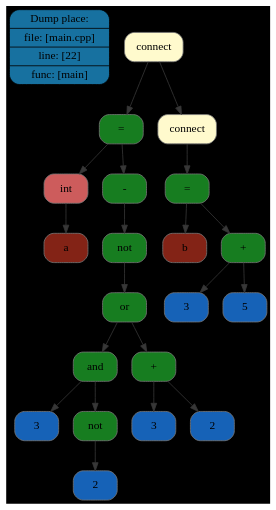
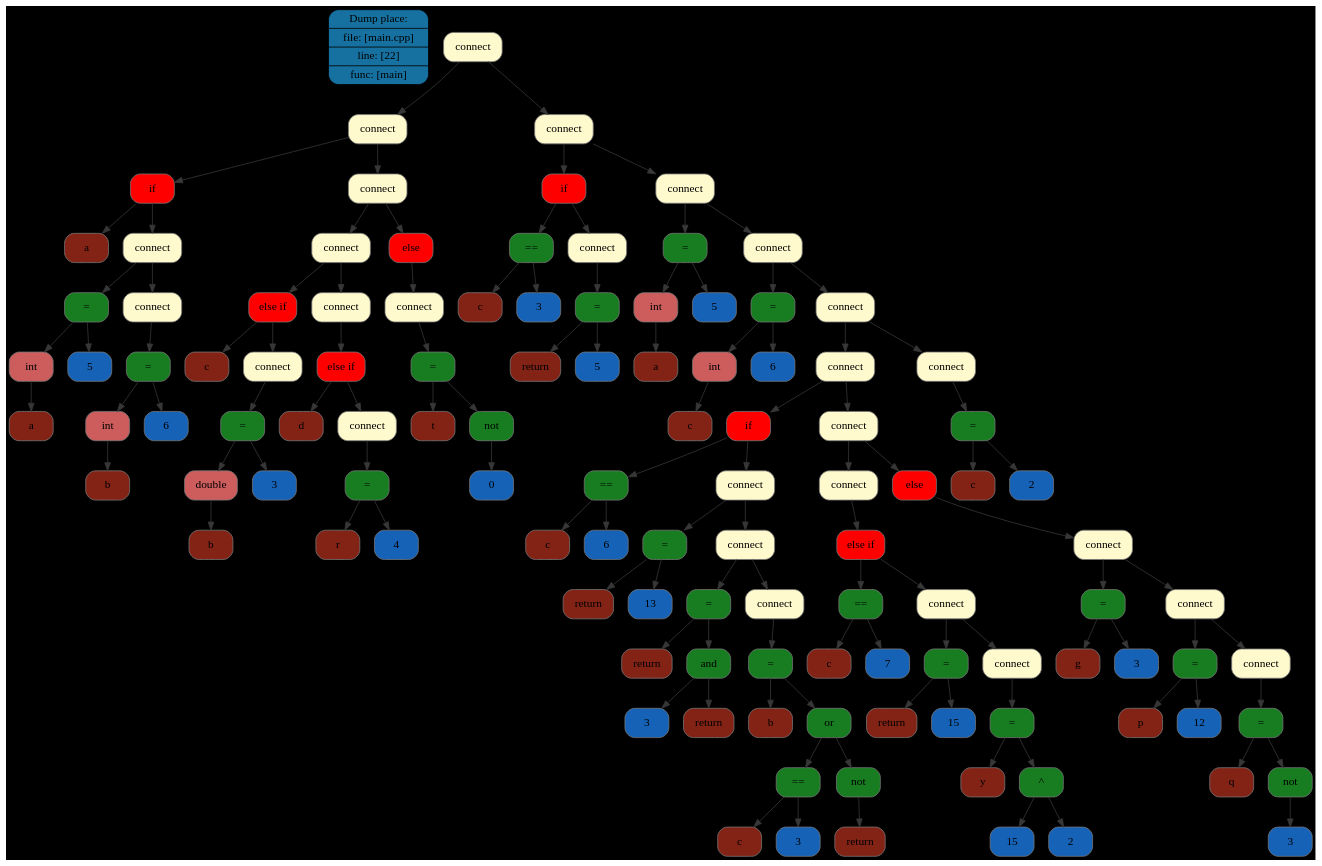
One commit to Maksim-Sebelev/Language changed the diagram in FrontEnd/dot/tree/dot/tree1.dot. Above: the diagram before and after it, drawn with Graphviz. The commit also changed 20 other files, not shown here.

```diff
--- a/FrontEnd/dot/tree/dot/tree1.dot
+++ b/FrontEnd/dot/tree/dot/tree1.dot
@@ -2,44 +2,232 @@
 rankdir=TB
 graph [bgcolor="#000000"];
 place[shape=Mrecord, style=filled, fillcolor="#1771a0", pos="0,1!",label = " { Dump place: | file: [main.cpp] | line: [22] | func: [main] } "color = "#000000"];
-node0x5070000008e0[shape=Mrecord, style=filled, fillcolor="#FFFACD"label = "connect", color = "#777777"];
-node0x5070000005d0[shape=Mrecord, style=filled, fillcolor="#177d20"label = "\=", color = "#777777"];
-node0x507000000090[shape=Mrecord, style=filled, fillcolor="#CD5C5C"label = "int", color = "#777777"];
-node0x507000000100[shape=Mrecord, style=filled, fillcolor="#832316"label = "a", color = "#777777"];
-node0x507000000560[shape=Mrecord, style=filled, fillcolor="#177d20"label = "\-", color = "#777777"];
-node0x5070000004f0[shape=Mrecord, style=filled, fillcolor="#177d20"label = "not", color = "#777777"];
-node0x507000000480[shape=Mrecord, style=filled, fillcolor="#177d20"label = "or", color = "#777777"];
-node0x5070000002c0[shape=Mrecord, style=filled, fillcolor="#177d20"label = "and", color = "#777777"];
-node0x507000000170[shape=Mrecord, style=filled, fillcolor="#1662b7"label = "3", color = "#777777"];
-node0x507000000250[shape=Mrecord, style=filled, fillcolor="#177d20"label = "not", color = "#777777"];
-node0x5070000001e0[shape=Mrecord, style=filled, fillcolor="#1662b7"label = "2", color = "#777777"];
-node0x507000000410[shape=Mrecord, style=filled, fillcolor="#177d20"label = "\+", color = "#777777"];
-node0x507000000330[shape=Mrecord, style=filled, fillcolor="#1662b7"label = "3", color = "#777777"];
-node0x5070000003a0[shape=Mrecord, style=filled, fillcolor="#1662b7"label = "2", color = "#777777"];
-node0x507000000870[shape=Mrecord, style=filled, fillcolor="#FFFACD"label = "connect", color = "#777777"];
-node0x507000000800[shape=Mrecord, style=filled, fillcolor="#177d20"label = "\=", color = "#777777"];
-node0x507000000640[shape=Mrecord, style=filled, fillcolor="#832316"label = "b", color = "#777777"];
-node0x507000000790[shape=Mrecord, style=filled, fillcolor="#177d20"label = "\+", color = "#777777"];
-node0x5070000006b0[shape=Mrecord, style=filled, fillcolor="#1662b7"label = "3", color = "#777777"];
-node0x507000000720[shape=Mrecord, style=filled, fillcolor="#1662b7"label = "5", color = "#777777"];
+node0x507000003200[shape=Mrecord, style=filled, fillcolor="#FFFACD"label = "connect", color = "#777777"];
+node0x507000000f70[shape=Mrecord, style=filled, fillcolor="#FFFACD"label = "connect", color = "#777777"];
+node0x507000000560[shape=Mrecord, style=filled, fillcolor="red"label = "if", color = "#777777"];
+node0x507000000090[shape=Mrecord, style=filled, fillcolor="#832316"label = "a", color = "#777777"];
+node0x5070000004f0[shape=Mrecord, style=filled, fillcolor="#FFFACD"label = "connect", color = "#777777"];
+node0x507000000250[shape=Mrecord, style=filled, fillcolor="#177d20"label = "\=", color = "#777777"];
+node0x507000000100[shape=Mrecord, style=filled, fillcolor="#CD5C5C"label = "int", color = "#777777"];
+node0x507000000170[shape=Mrecord, style=filled, fillcolor="#832316"label = "a", color = "#777777"];
+node0x5070000001e0[shape=Mrecord, style=filled, fillcolor="#1662b7"label = "5", color = "#777777"];
+node0x507000000480[shape=Mrecord, style=filled, fillcolor="#FFFACD"label = "connect", color = "#777777"];
+node0x507000000410[shape=Mrecord, style=filled, fillcolor="#177d20"label = "\=", color = "#777777"];
+node0x5070000002c0[shape=Mrecord, style=filled, fillcolor="#CD5C5C"label = "int", color = "#777777"];
+node0x507000000330[shape=Mrecord, style=filled, fillcolor="#832316"label = "b", color = "#777777"];
+node0x5070000003a0[shape=Mrecord, style=filled, fillcolor="#1662b7"label = "6", color = "#777777"];
+node0x507000000f00[shape=Mrecord, style=filled, fillcolor="#FFFACD"label = "connect", color = "#777777"];
+node0x507000000bf0[shape=Mrecord, style=filled, fillcolor="#FFFACD"label = "connect", color = "#777777"];
+node0x507000000870[shape=Mrecord, style=filled, fillcolor="red"label = "else if", color = "#777777"];
+node0x5070000005d0[shape=Mrecord, style=filled, fillcolor="#832316"label = "c", color = "#777777"];
+node0x507000000800[shape=Mrecord, style=filled, fillcolor="#FFFACD"label = "connect", color = "#777777"];
+node0x507000000790[shape=Mrecord, style=filled, fillcolor="#177d20"label = "\=", color = "#777777"];
+node0x507000000640[shape=Mrecord, style=filled, fillcolor="#CD5C5C"label = "double", color = "#777777"];
+node0x5070000006b0[shape=Mrecord, style=filled, fillcolor="#832316"label = "b", color = "#777777"];
+node0x507000000720[shape=Mrecord, style=filled, fillcolor="#1662b7"label = "3", color = "#777777"];
+node0x507000000b80[shape=Mrecord, style=filled, fillcolor="#FFFACD"label = "connect", color = "#777777"];
+node0x507000000b10[shape=Mrecord, style=filled, fillcolor="red"label = "else if", color = "#777777"];
+node0x5070000008e0[shape=Mrecord, style=filled, fillcolor="#832316"label = "d", color = "#777777"];
+node0x507000000aa0[shape=Mrecord, style=filled, fillcolor="#FFFACD"label = "connect", color = "#777777"];
+node0x507000000a30[shape=Mrecord, style=filled, fillcolor="#177d20"label = "\=", color = "#777777"];
+node0x507000000950[shape=Mrecord, style=filled, fillcolor="#832316"label = "r", color = "#777777"];
+node0x5070000009c0[shape=Mrecord, style=filled, fillcolor="#1662b7"label = "4", color = "#777777"];
+node0x507000000e90[shape=Mrecord, style=filled, fillcolor="red"label = "else", color = "#777777"];
+node0x507000000e20[shape=Mrecord, style=filled, fillcolor="#FFFACD"label = "connect", color = "#777777"];
+node0x507000000db0[shape=Mrecord, style=filled, fillcolor="#177d20"label = "\=", color = "#777777"];
+node0x507000000c60[shape=Mrecord, style=filled, fillcolor="#832316"label = "t", color = "#777777"];
+node0x507000000d40[shape=Mrecord, style=filled, fillcolor="#177d20"label = "not", color = "#777777"];
+node0x507000000cd0[shape=Mrecord, style=filled, fillcolor="#1662b7"label = "0", color = "#777777"];
+node0x507000003190[shape=Mrecord, style=filled, fillcolor="#FFFACD"label = "connect", color = "#777777"];
+node0x5070000012f0[shape=Mrecord, style=filled, fillcolor="red"label = "if", color = "#777777"];
+node0x5070000010c0[shape=Mrecord, style=filled, fillcolor="#177d20"label = "\==", color = "#777777"];
+node0x507000000fe0[shape=Mrecord, style=filled, fillcolor="#832316"label = "c", color = "#777777"];
+node0x507000001050[shape=Mrecord, style=filled, fillcolor="#1662b7"label = "3", color = "#777777"];
+node0x507000001280[shape=Mrecord, style=filled, fillcolor="#FFFACD"label = "connect", color = "#777777"];
+node0x507000001210[shape=Mrecord, style=filled, fillcolor="#177d20"label = "\=", color = "#777777"];
+node0x507000001130[shape=Mrecord, style=filled, fillcolor="#832316"label = "return", color = "#777777"];
+node0x5070000011a0[shape=Mrecord, style=filled, fillcolor="#1662b7"label = "5", color = "#777777"];
+node0x507000003120[shape=Mrecord, style=filled, fillcolor="#FFFACD"label = "connect", color = "#777777"];
+node0x5070000014b0[shape=Mrecord, style=filled, fillcolor="#177d20"label = "\=", color = "#777777"];
+node0x507000001360[shape=Mrecord, style=filled, fillcolor="#CD5C5C"label = "int", color = "#777777"];
+node0x5070000013d0[shape=Mrecord, style=filled, fillcolor="#832316"label = "a", color = "#777777"];
+node0x507000001440[shape=Mrecord, style=filled, fillcolor="#1662b7"label = "5", color = "#777777"];
+node0x5070000030b0[shape=Mrecord, style=filled, fillcolor="#FFFACD"label = "connect", color = "#777777"];
+node0x507000001670[shape=Mrecord, style=filled, fillcolor="#177d20"label = "\=", color = "#777777"];
+node0x507000001520[shape=Mrecord, style=filled, fillcolor="#CD5C5C"label = "int", color = "#777777"];
+node0x507000001590[shape=Mrecord, style=filled, fillcolor="#832316"label = "c", color = "#777777"];
+node0x507000001600[shape=Mrecord, style=filled, fillcolor="#1662b7"label = "6", color = "#777777"];
+node0x507000003040[shape=Mrecord, style=filled, fillcolor="#FFFACD"label = "connect", color = "#777777"];
+node0x507000002e10[shape=Mrecord, style=filled, fillcolor="#FFFACD"label = "connect", color = "#777777"];
+node0x507000002080[shape=Mrecord, style=filled, fillcolor="red"label = "if", color = "#777777"];
+node0x5070000017c0[shape=Mrecord, style=filled, fillcolor="#177d20"label = "\==", color = "#777777"];
+node0x5070000016e0[shape=Mrecord, style=filled, fillcolor="#832316"label = "c", color = "#777777"];
+node0x507000001750[shape=Mrecord, style=filled, fillcolor="#1662b7"label = "6", color = "#777777"];
+node0x507000002010[shape=Mrecord, style=filled, fillcolor="#FFFACD"label = "connect", color = "#777777"];
+node0x507000001910[shape=Mrecord, style=filled, fillcolor="#177d20"label = "\=", color = "#777777"];
+node0x507000001830[shape=Mrecord, style=filled, fillcolor="#832316"label = "return", color = "#777777"];
+node0x5070000018a0[shape=Mrecord, style=filled, fillcolor="#1662b7"label = "13", color = "#777777"];
+node0x507000001fa0[shape=Mrecord, style=filled, fillcolor="#FFFACD"label = "connect", color = "#777777"];
+node0x507000001b40[shape=Mrecord, style=filled, fillcolor="#177d20"label = "\=", color = "#777777"];
+node0x507000001980[shape=Mrecord, style=filled, fillcolor="#832316"label = "return", color = "#777777"];
+node0x507000001ad0[shape=Mrecord, style=filled, fillcolor="#177d20"label = "and", color = "#777777"];
+node0x5070000019f0[shape=Mrecord, style=filled, fillcolor="#1662b7"label = "3", color = "#777777"];
+node0x507000001a60[shape=Mrecord, style=filled, fillcolor="#832316"label = "return", color = "#777777"];
+node0x507000001f30[shape=Mrecord, style=filled, fillcolor="#FFFACD"label = "connect", color = "#777777"];
+node0x507000001ec0[shape=Mrecord, style=filled, fillcolor="#177d20"label = "\=", color = "#777777"];
+node0x507000001bb0[shape=Mrecord, style=filled, fillcolor="#832316"label = "b", color = "#777777"];
+node0x507000001e50[shape=Mrecord, style=filled, fillcolor="#177d20"label = "or", color = "#777777"];
+node0x507000001d00[shape=Mrecord, style=filled, fillcolor="#177d20"label = "\==", color = "#777777"];
+node0x507000001c20[shape=Mrecord, style=filled, fillcolor="#832316"label = "c", color = "#777777"];
+node0x507000001c90[shape=Mrecord, style=filled, fillcolor="#1662b7"label = "3", color = "#777777"];
+node0x507000001de0[shape=Mrecord, style=filled, fillcolor="#177d20"label = "not", color = "#777777"];
+node0x507000001d70[shape=Mrecord, style=filled, fillcolor="#832316"label = "return", color = "#777777"];
+node0x507000002da0[shape=Mrecord, style=filled, fillcolor="#FFFACD"label = "connect", color = "#777777"];
+node0x507000002710[shape=Mrecord, style=filled, fillcolor="#FFFACD"label = "connect", color = "#777777"];
+node0x5070000026a0[shape=Mrecord, style=filled, fillcolor="red"label = "else if", color = "#777777"];
+node0x5070000021d0[shape=Mrecord, style=filled, fillcolor="#177d20"label = "\==", color = "#777777"];
+node0x5070000020f0[shape=Mrecord, style=filled, fillcolor="#832316"label = "c", color = "#777777"];
+node0x507000002160[shape=Mrecord, style=filled, fillcolor="#1662b7"label = "7", color = "#777777"];
+node0x507000002630[shape=Mrecord, style=filled, fillcolor="#FFFACD"label = "connect", color = "#777777"];
+node0x507000002320[shape=Mrecord, style=filled, fillcolor="#177d20"label = "\=", color = "#777777"];
+node0x507000002240[shape=Mrecord, style=filled, fillcolor="#832316"label = "return", color = "#777777"];
+node0x5070000022b0[shape=Mrecord, style=filled, fillcolor="#1662b7"label = "15", color = "#777777"];
+node0x5070000025c0[shape=Mrecord, style=filled, fillcolor="#FFFACD"label = "connect", color = "#777777"];
+node0x507000002550[shape=Mrecord, style=filled, fillcolor="#177d20"label = "\=", color = "#777777"];
+node0x507000002390[shape=Mrecord, style=filled, fillcolor="#832316"label = "y", color = "#777777"];
+node0x5070000024e0[shape=Mrecord, style=filled, fillcolor="#177d20"label = "\^", color = "#777777"];
+node0x507000002400[shape=Mrecord, style=filled, fillcolor="#1662b7"label = "15", color = "#777777"];
+node0x507000002470[shape=Mrecord, style=filled, fillcolor="#1662b7"label = "2", color = "#777777"];
+node0x507000002d30[shape=Mrecord, style=filled, fillcolor="red"label = "else", color = "#777777"];
+node0x507000002cc0[shape=Mrecord, style=filled, fillcolor="#FFFACD"label = "connect", color = "#777777"];
+node0x507000002860[shape=Mrecord, style=filled, fillcolor="#177d20"label = "\=", color = "#777777"];
+node0x507000002780[shape=Mrecord, style=filled, fillcolor="#832316"label = "g", color = "#777777"];
+node0x5070000027f0[shape=Mrecord, style=filled, fillcolor="#1662b7"label = "3", color = "#777777"];
+node0x507000002c50[shape=Mrecord, style=filled, fillcolor="#FFFACD"label = "connect", color = "#777777"];
+node0x5070000029b0[shape=Mrecord, style=filled, fillcolor="#177d20"label = "\=", color = "#777777"];
+node0x5070000028d0[shape=Mrecord, style=filled, fillcolor="#832316"label = "p", color = "#777777"];
+node0x507000002940[shape=Mrecord, style=filled, fillcolor="#1662b7"label = "12", color = "#777777"];
+node0x507000002be0[shape=Mrecord, style=filled, fillcolor="#FFFACD"label = "connect", color = "#777777"];
+node0x507000002b70[shape=Mrecord, style=filled, fillcolor="#177d20"label = "\=", color = "#777777"];
+node0x507000002a20[shape=Mrecord, style=filled, fillcolor="#832316"label = "q", color = "#777777"];
+node0x507000002b00[shape=Mrecord, style=filled, fillcolor="#177d20"label = "not", color = "#777777"];
+node0x507000002a90[shape=Mrecord, style=filled, fillcolor="#1662b7"label = "3", color = "#777777"];
+node0x507000002fd0[shape=Mrecord, style=filled, fillcolor="#FFFACD"label = "connect", color = "#777777"];
+node0x507000002f60[shape=Mrecord, style=filled, fillcolor="#177d20"label = "\=", color = "#777777"];
+node0x507000002e80[shape=Mrecord, style=filled, fillcolor="#832316"label = "c", color = "#777777"];
+node0x507000002ef0[shape=Mrecord, style=filled, fillcolor="#1662b7"label = "2", color = "#777777"];
 edge[color="#373737"];
-node0x5070000008e0->node0x5070000005d0;
-node0x5070000005d0->node0x507000000090;
-node0x507000000090->node0x507000000100;
-node0x5070000005d0->node0x507000000560;
+node0x507000003200->node0x507000000f70;
+node0x507000000f70->node0x507000000560;
+node0x507000000560->node0x507000000090;
 node0x507000000560->node0x5070000004f0;
+node0x5070000004f0->node0x507000000250;
+node0x507000000250->node0x507000000100;
+node0x507000000100->node0x507000000170;
+node0x507000000250->node0x5070000001e0;
 node0x5070000004f0->node0x507000000480;
-node0x507000000480->node0x5070000002c0;
-node0x5070000002c0->node0x507000000170;
-node0x5070000002c0->node0x507000000250;
-node0x507000000250->node0x5070000001e0;
 node0x507000000480->node0x507000000410;
-node0x507000000410->node0x507000000330;
+node0x507000000410->node0x5070000002c0;
+node0x5070000002c0->node0x507000000330;
 node0x507000000410->node0x5070000003a0;
-node0x5070000008e0->node0x507000000870;
+node0x507000000f70->node0x507000000f00;
+node0x507000000f00->node0x507000000bf0;
+node0x507000000bf0->node0x507000000870;
+node0x507000000870->node0x5070000005d0;
 node0x507000000870->node0x507000000800;
-node0x507000000800->node0x507000000640;
 node0x507000000800->node0x507000000790;
-node0x507000000790->node0x5070000006b0;
+node0x507000000790->node0x507000000640;
+node0x507000000640->node0x5070000006b0;
 node0x507000000790->node0x507000000720;
+node0x507000000bf0->node0x507000000b80;
+node0x507000000b80->node0x507000000b10;
+node0x507000000b10->node0x5070000008e0;
+node0x507000000b10->node0x507000000aa0;
+node0x507000000aa0->node0x507000000a30;
+node0x507000000a30->node0x507000000950;
+node0x507000000a30->node0x5070000009c0;
+node0x507000000f00->node0x507000000e90;
+node0x507000000e90->node0x507000000e20;
+node0x507000000e20->node0x507000000db0;
+node0x507000000db0->node0x507000000c60;
+node0x507000000db0->node0x507000000d40;
+node0x507000000d40->node0x507000000cd0;
+node0x507000003200->node0x507000003190;
+node0x507000003190->node0x5070000012f0;
+node0x5070000012f0->node0x5070000010c0;
+node0x5070000010c0->node0x507000000fe0;
+node0x5070000010c0->node0x507000001050;
+node0x5070000012f0->node0x507000001280;
+node0x507000001280->node0x507000001210;
+node0x507000001210->node0x507000001130;
+node0x507000001210->node0x5070000011a0;
+node0x507000003190->node0x507000003120;
+node0x507000003120->node0x5070000014b0;
+node0x5070000014b0->node0x507000001360;
+node0x507000001360->node0x5070000013d0;
+node0x5070000014b0->node0x507000001440;
+node0x507000003120->node0x5070000030b0;
+node0x5070000030b0->node0x507000001670;
+node0x507000001670->node0x507000001520;
+node0x507000001520->node0x507000001590;
+node0x507000001670->node0x507000001600;
+node0x5070000030b0->node0x507000003040;
+node0x507000003040->node0x507000002e10;
+node0x507000002e10->node0x507000002080;
+node0x507000002080->node0x5070000017c0;
+node0x5070000017c0->node0x5070000016e0;
+node0x5070000017c0->node0x507000001750;
+node0x507000002080->node0x507000002010;
+node0x507000002010->node0x507000001910;
+node0x507000001910->node0x507000001830;
+node0x507000001910->node0x5070000018a0;
+node0x507000002010->node0x507000001fa0;
+node0x507000001fa0->node0x507000001b40;
+node0x507000001b40->node0x507000001980;
+node0x507000001b40->node0x507000001ad0;
+node0x507000001ad0->node0x5070000019f0;
+node0x507000001ad0->node0x507000001a60;
+node0x507000001fa0->node0x507000001f30;
+node0x507000001f30->node0x507000001ec0;
+node0x507000001ec0->node0x507000001bb0;
+node0x507000001ec0->node0x507000001e50;
+node0x507000001e50->node0x507000001d00;
+node0x507000001d00->node0x507000001c20;
+node0x507000001d00->node0x507000001c90;
+node0x507000001e50->node0x507000001de0;
+node0x507000001de0->node0x507000001d70;
+node0x507000002e10->node0x507000002da0;
+node0x507000002da0->node0x507000002710;
+node0x507000002710->node0x5070000026a0;
+node0x5070000026a0->node0x5070000021d0;
+node0x5070000021d0->node0x5070000020f0;
+node0x5070000021d0->node0x507000002160;
+node0x5070000026a0->node0x507000002630;
+node0x507000002630->node0x507000002320;
+node0x507000002320->node0x507000002240;
+node0x507000002320->node0x5070000022b0;
+node0x507000002630->node0x5070000025c0;
+node0x5070000025c0->node0x507000002550;
+node0x507000002550->node0x507000002390;
+node0x507000002550->node0x5070000024e0;
+node0x5070000024e0->node0x507000002400;
+node0x5070000024e0->node0x507000002470;
+node0x507000002da0->node0x507000002d30;
+node0x507000002d30->node0x507000002cc0;
+node0x507000002cc0->node0x507000002860;
+node0x507000002860->node0x507000002780;
+node0x507000002860->node0x5070000027f0;
+node0x507000002cc0->node0x507000002c50;
+node0x507000002c50->node0x5070000029b0;
+node0x5070000029b0->node0x5070000028d0;
+node0x5070000029b0->node0x507000002940;
+node0x507000002c50->node0x507000002be0;
+node0x507000002be0->node0x507000002b70;
+node0x507000002b70->node0x507000002a20;
+node0x507000002b70->node0x507000002b00;
+node0x507000002b00->node0x507000002a90;
+node0x507000003040->node0x507000002fd0;
+node0x507000002fd0->node0x507000002f60;
+node0x507000002f60->node0x507000002e80;
+node0x507000002f60->node0x507000002ef0;
 }
```
